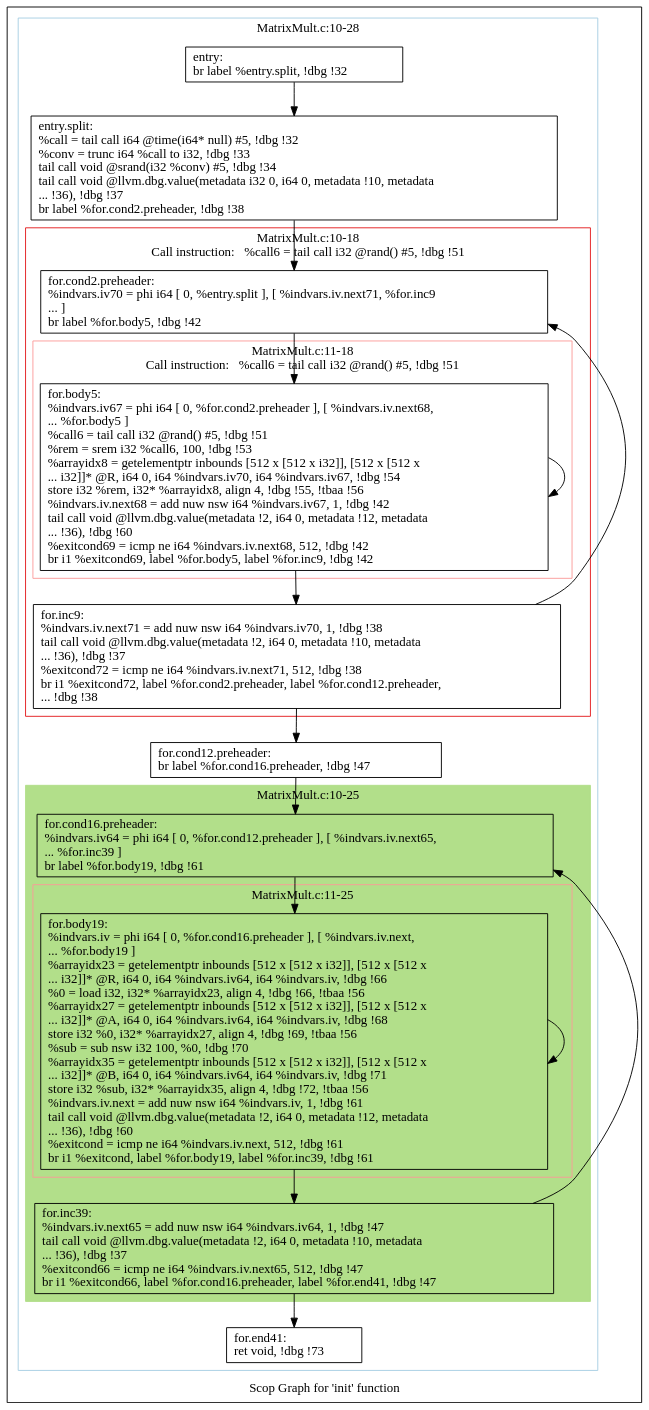
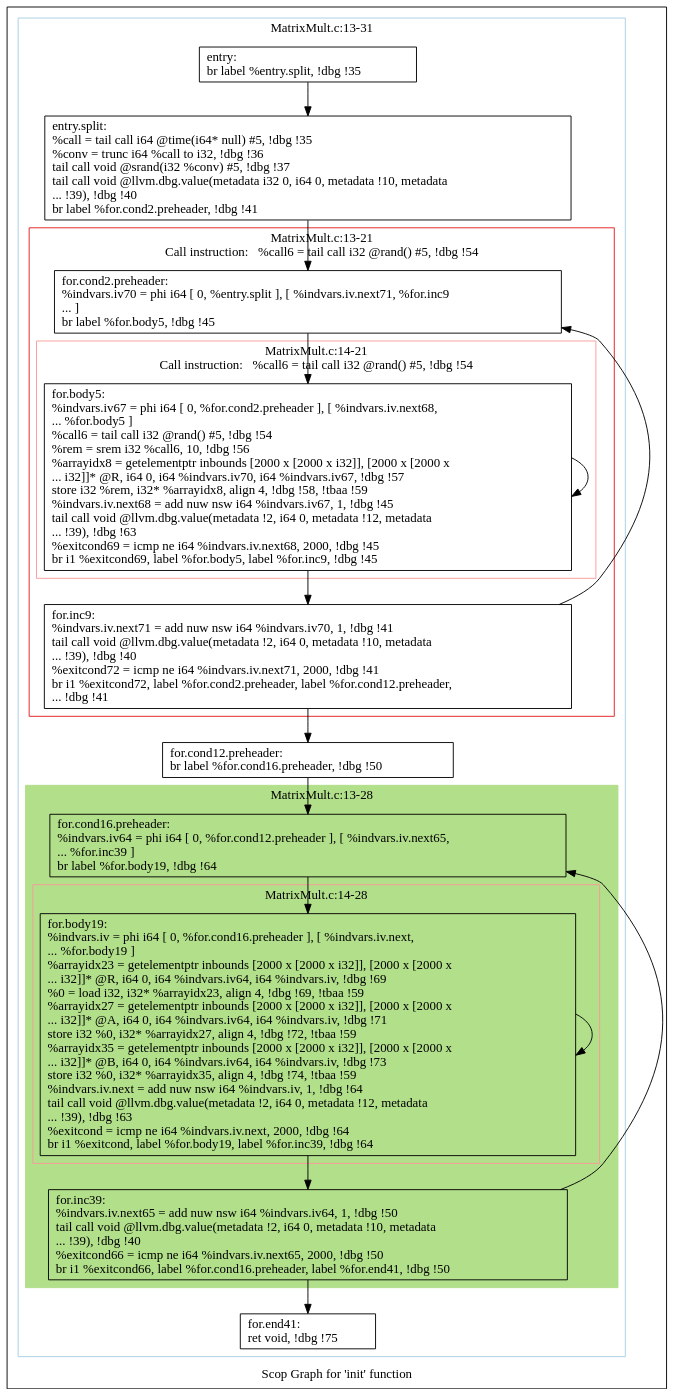
One commit to samminweng/WhileyOpenCL changed the diagram in polly/MatrixMult/impl/handwritten/dot/scops.init.dot. Above: the diagram before and after it, drawn with Graphviz. The commit also changed 54 other files, not shown here.

First line of the commit message:
Adde parallelizable 'mat_mult' function to Handwritten MatrixMult 2 program

```diff
--- a/polly/MatrixMult/impl/handwritten/dot/scops.init.dot
+++ b/polly/MatrixMult/impl/handwritten/dot/scops.init.dot
@@ -1,67 +1,67 @@
 digraph "Scop Graph for 'init' function" {
 	label="Scop Graph for 'init' function";
 
-	Node0xa6884f0 [shape=record,label="{entry:\l  br label %entry.split, !dbg !32\l}"];
-	Node0xa6884f0 -> Node0xa68a570;
-	Node0xa68a570 [shape=record,label="{entry.split:                                      \l  %call = tail call i64 @time(i64* null) #5, !dbg !32\l  %conv = trunc i64 %call to i32, !dbg !33\l  tail call void @srand(i32 %conv) #5, !dbg !34\l  tail call void @llvm.dbg.value(metadata i32 0, i64 0, metadata !10, metadata\l... !36), !dbg !37\l  br label %for.cond2.preheader, !dbg !38\l}"];
-	Node0xa68a570 -> Node0xa68f5b0;
-	Node0xa68f5b0 [shape=record,label="{for.cond2.preheader:                              \l  %indvars.iv70 = phi i64 [ 0, %entry.split ], [ %indvars.iv.next71, %for.inc9\l... ]\l  br label %for.body5, !dbg !42\l}"];
-	Node0xa68f5b0 -> Node0xa689180;
-	Node0xa689180 [shape=record,label="{for.body5:                                        \l  %indvars.iv67 = phi i64 [ 0, %for.cond2.preheader ], [ %indvars.iv.next68,\l... %for.body5 ]\l  %call6 = tail call i32 @rand() #5, !dbg !51\l  %rem = srem i32 %call6, 100, !dbg !53\l  %arrayidx8 = getelementptr inbounds [512 x [512 x i32]], [512 x [512 x\l... i32]]* @R, i64 0, i64 %indvars.iv70, i64 %indvars.iv67, !dbg !54\l  store i32 %rem, i32* %arrayidx8, align 4, !dbg !55, !tbaa !56\l  %indvars.iv.next68 = add nuw nsw i64 %indvars.iv67, 1, !dbg !42\l  tail call void @llvm.dbg.value(metadata !2, i64 0, metadata !12, metadata\l... !36), !dbg !60\l  %exitcond69 = icmp ne i64 %indvars.iv.next68, 512, !dbg !42\l  br i1 %exitcond69, label %for.body5, label %for.inc9, !dbg !42\l}"];
-	Node0xa689180 -> Node0xa689180[constraint=false];
-	Node0xa689180 -> Node0xa68f520;
-	Node0xa68f520 [shape=record,label="{for.inc9:                                         \l  %indvars.iv.next71 = add nuw nsw i64 %indvars.iv70, 1, !dbg !38\l  tail call void @llvm.dbg.value(metadata !2, i64 0, metadata !10, metadata\l... !36), !dbg !37\l  %exitcond72 = icmp ne i64 %indvars.iv.next71, 512, !dbg !38\l  br i1 %exitcond72, label %for.cond2.preheader, label %for.cond12.preheader,\l... !dbg !38\l}"];
-	Node0xa68f520 -> Node0xa68f5b0[constraint=false];
-	Node0xa68f520 -> Node0xa68b130;
-	Node0xa68b130 [shape=record,label="{for.cond12.preheader:                             \l  br label %for.cond16.preheader, !dbg !47\l}"];
-	Node0xa68b130 -> Node0xa68b080;
-	Node0xa68b080 [shape=record,label="{for.cond16.preheader:                             \l  %indvars.iv64 = phi i64 [ 0, %for.cond12.preheader ], [ %indvars.iv.next65,\l... %for.inc39 ]\l  br label %for.body19, !dbg !61\l}"];
-	Node0xa68b080 -> Node0xa68b190;
-	Node0xa68b190 [shape=record,label="{for.body19:                                       \l  %indvars.iv = phi i64 [ 0, %for.cond16.preheader ], [ %indvars.iv.next,\l... %for.body19 ]\l  %arrayidx23 = getelementptr inbounds [512 x [512 x i32]], [512 x [512 x\l... i32]]* @R, i64 0, i64 %indvars.iv64, i64 %indvars.iv, !dbg !66\l  %0 = load i32, i32* %arrayidx23, align 4, !dbg !66, !tbaa !56\l  %arrayidx27 = getelementptr inbounds [512 x [512 x i32]], [512 x [512 x\l... i32]]* @A, i64 0, i64 %indvars.iv64, i64 %indvars.iv, !dbg !68\l  store i32 %0, i32* %arrayidx27, align 4, !dbg !69, !tbaa !56\l  %sub = sub nsw i32 100, %0, !dbg !70\l  %arrayidx35 = getelementptr inbounds [512 x [512 x i32]], [512 x [512 x\l... i32]]* @B, i64 0, i64 %indvars.iv64, i64 %indvars.iv, !dbg !71\l  store i32 %sub, i32* %arrayidx35, align 4, !dbg !72, !tbaa !56\l  %indvars.iv.next = add nuw nsw i64 %indvars.iv, 1, !dbg !61\l  tail call void @llvm.dbg.value(metadata !2, i64 0, metadata !12, metadata\l... !36), !dbg !60\l  %exitcond = icmp ne i64 %indvars.iv.next, 512, !dbg !61\l  br i1 %exitcond, label %for.body19, label %for.inc39, !dbg !61\l}"];
-	Node0xa68b190 -> Node0xa68b190[constraint=false];
-	Node0xa68b190 -> Node0xa68b470;
-	Node0xa68b470 [shape=record,label="{for.inc39:                                        \l  %indvars.iv.next65 = add nuw nsw i64 %indvars.iv64, 1, !dbg !47\l  tail call void @llvm.dbg.value(metadata !2, i64 0, metadata !10, metadata\l... !36), !dbg !37\l  %exitcond66 = icmp ne i64 %indvars.iv.next65, 512, !dbg !47\l  br i1 %exitcond66, label %for.cond16.preheader, label %for.end41, !dbg !47\l}"];
-	Node0xa68b470 -> Node0xa68b080[constraint=false];
-	Node0xa68b470 -> Node0xa68b4d0;
-	Node0xa68b4d0 [shape=record,label="{for.end41:                                        \l  ret void, !dbg !73\l}"];
+	Node0x9a60510 [shape=record,label="{entry:\l  br label %entry.split, !dbg !35\l}"];
+	Node0x9a60510 -> Node0x999d9e0;
+	Node0x999d9e0 [shape=record,label="{entry.split:                                      \l  %call = tail call i64 @time(i64* null) #5, !dbg !35\l  %conv = trunc i64 %call to i32, !dbg !36\l  tail call void @srand(i32 %conv) #5, !dbg !37\l  tail call void @llvm.dbg.value(metadata i32 0, i64 0, metadata !10, metadata\l... !39), !dbg !40\l  br label %for.cond2.preheader, !dbg !41\l}"];
+	Node0x999d9e0 -> Node0x999e360;
+	Node0x999e360 [shape=record,label="{for.cond2.preheader:                              \l  %indvars.iv70 = phi i64 [ 0, %entry.split ], [ %indvars.iv.next71, %for.inc9\l... ]\l  br label %for.body5, !dbg !45\l}"];
+	Node0x999e360 -> Node0x99950f0;
+	Node0x99950f0 [shape=record,label="{for.body5:                                        \l  %indvars.iv67 = phi i64 [ 0, %for.cond2.preheader ], [ %indvars.iv.next68,\l... %for.body5 ]\l  %call6 = tail call i32 @rand() #5, !dbg !54\l  %rem = srem i32 %call6, 10, !dbg !56\l  %arrayidx8 = getelementptr inbounds [2000 x [2000 x i32]], [2000 x [2000 x\l... i32]]* @R, i64 0, i64 %indvars.iv70, i64 %indvars.iv67, !dbg !57\l  store i32 %rem, i32* %arrayidx8, align 4, !dbg !58, !tbaa !59\l  %indvars.iv.next68 = add nuw nsw i64 %indvars.iv67, 1, !dbg !45\l  tail call void @llvm.dbg.value(metadata !2, i64 0, metadata !12, metadata\l... !39), !dbg !63\l  %exitcond69 = icmp ne i64 %indvars.iv.next68, 2000, !dbg !45\l  br i1 %exitcond69, label %for.body5, label %for.inc9, !dbg !45\l}"];
+	Node0x99950f0 -> Node0x99950f0[constraint=false];
+	Node0x99950f0 -> Node0x999e2e0;
+	Node0x999e2e0 [shape=record,label="{for.inc9:                                         \l  %indvars.iv.next71 = add nuw nsw i64 %indvars.iv70, 1, !dbg !41\l  tail call void @llvm.dbg.value(metadata !2, i64 0, metadata !10, metadata\l... !39), !dbg !40\l  %exitcond72 = icmp ne i64 %indvars.iv.next71, 2000, !dbg !41\l  br i1 %exitcond72, label %for.cond2.preheader, label %for.cond12.preheader,\l... !dbg !41\l}"];
+	Node0x999e2e0 -> Node0x999e360[constraint=false];
+	Node0x999e2e0 -> Node0x999e0f0;
+	Node0x999e0f0 [shape=record,label="{for.cond12.preheader:                             \l  br label %for.cond16.preheader, !dbg !50\l}"];
+	Node0x999e0f0 -> Node0x9995110;
+	Node0x9995110 [shape=record,label="{for.cond16.preheader:                             \l  %indvars.iv64 = phi i64 [ 0, %for.cond12.preheader ], [ %indvars.iv.next65,\l... %for.inc39 ]\l  br label %for.body19, !dbg !64\l}"];
+	Node0x9995110 -> Node0x9990520;
+	Node0x9990520 [shape=record,label="{for.body19:                                       \l  %indvars.iv = phi i64 [ 0, %for.cond16.preheader ], [ %indvars.iv.next,\l... %for.body19 ]\l  %arrayidx23 = getelementptr inbounds [2000 x [2000 x i32]], [2000 x [2000 x\l... i32]]* @R, i64 0, i64 %indvars.iv64, i64 %indvars.iv, !dbg !69\l  %0 = load i32, i32* %arrayidx23, align 4, !dbg !69, !tbaa !59\l  %arrayidx27 = getelementptr inbounds [2000 x [2000 x i32]], [2000 x [2000 x\l... i32]]* @A, i64 0, i64 %indvars.iv64, i64 %indvars.iv, !dbg !71\l  store i32 %0, i32* %arrayidx27, align 4, !dbg !72, !tbaa !59\l  %arrayidx35 = getelementptr inbounds [2000 x [2000 x i32]], [2000 x [2000 x\l... i32]]* @B, i64 0, i64 %indvars.iv64, i64 %indvars.iv, !dbg !73\l  store i32 %0, i32* %arrayidx35, align 4, !dbg !74, !tbaa !59\l  %indvars.iv.next = add nuw nsw i64 %indvars.iv, 1, !dbg !64\l  tail call void @llvm.dbg.value(metadata !2, i64 0, metadata !12, metadata\l... !39), !dbg !63\l  %exitcond = icmp ne i64 %indvars.iv.next, 2000, !dbg !64\l  br i1 %exitcond, label %for.body19, label %for.inc39, !dbg !64\l}"];
+	Node0x9990520 -> Node0x9990520[constraint=false];
+	Node0x9990520 -> Node0x9a411b0;
+	Node0x9a411b0 [shape=record,label="{for.inc39:                                        \l  %indvars.iv.next65 = add nuw nsw i64 %indvars.iv64, 1, !dbg !50\l  tail call void @llvm.dbg.value(metadata !2, i64 0, metadata !10, metadata\l... !39), !dbg !40\l  %exitcond66 = icmp ne i64 %indvars.iv.next65, 2000, !dbg !50\l  br i1 %exitcond66, label %for.cond16.preheader, label %for.end41, !dbg !50\l}"];
+	Node0x9a411b0 -> Node0x9995110[constraint=false];
+	Node0x9a411b0 -> Node0x99903d0;
+	Node0x99903d0 [shape=record,label="{for.end41:                                        \l  ret void, !dbg !75\l}"];
 	colorscheme = "paired12"
-        subgraph cluster_0xa68c120 {
-          label = "MatrixMult.c:10-28
+        subgraph cluster_0x999b4f0 {
+          label = "MatrixMult.c:13-31
 ";
           style = solid;
           color = 1
-          subgraph cluster_0xa68d2d0 {
-            label = "MatrixMult.c:10-18
-Call instruction:   %call6 = tail call i32 @rand() #5, !dbg !51";
+          subgraph cluster_0x999d910 {
+            label = "MatrixMult.c:13-21
+Call instruction:   %call6 = tail call i32 @rand() #5, !dbg !54";
             style = solid;
             color = 6
-            subgraph cluster_0xa691a70 {
-              label = "MatrixMult.c:11-18
-Call instruction:   %call6 = tail call i32 @rand() #5, !dbg !51";
+            subgraph cluster_0x99a3db0 {
+              label = "MatrixMult.c:14-21
+Call instruction:   %call6 = tail call i32 @rand() #5, !dbg !54";
               style = solid;
               color = 5
-              Node0xa689180;
+              Node0x99950f0;
             }
-            Node0xa68f5b0;
-            Node0xa68f520;
+            Node0x999e360;
+            Node0x999e2e0;
           }
-          subgraph cluster_0xa67d460 {
-            label = "MatrixMult.c:10-25
+          subgraph cluster_0x999ae50 {
+            label = "MatrixMult.c:13-28
 ";
             style = filled;
-            color = 3            subgraph cluster_0xa68afb0 {
-              label = "MatrixMult.c:11-25
+            color = 3            subgraph cluster_0x999cab0 {
+              label = "MatrixMult.c:14-28
 ";
               style = solid;
               color = 5
-              Node0xa68b190;
+              Node0x9990520;
             }
-            Node0xa68b080;
-            Node0xa68b470;
+            Node0x9995110;
+            Node0x9a411b0;
           }
-          Node0xa6884f0;
-          Node0xa68a570;
-          Node0xa68b130;
-          Node0xa68b4d0;
+          Node0x9a60510;
+          Node0x999d9e0;
+          Node0x999e0f0;
+          Node0x99903d0;
         }
 }
```
